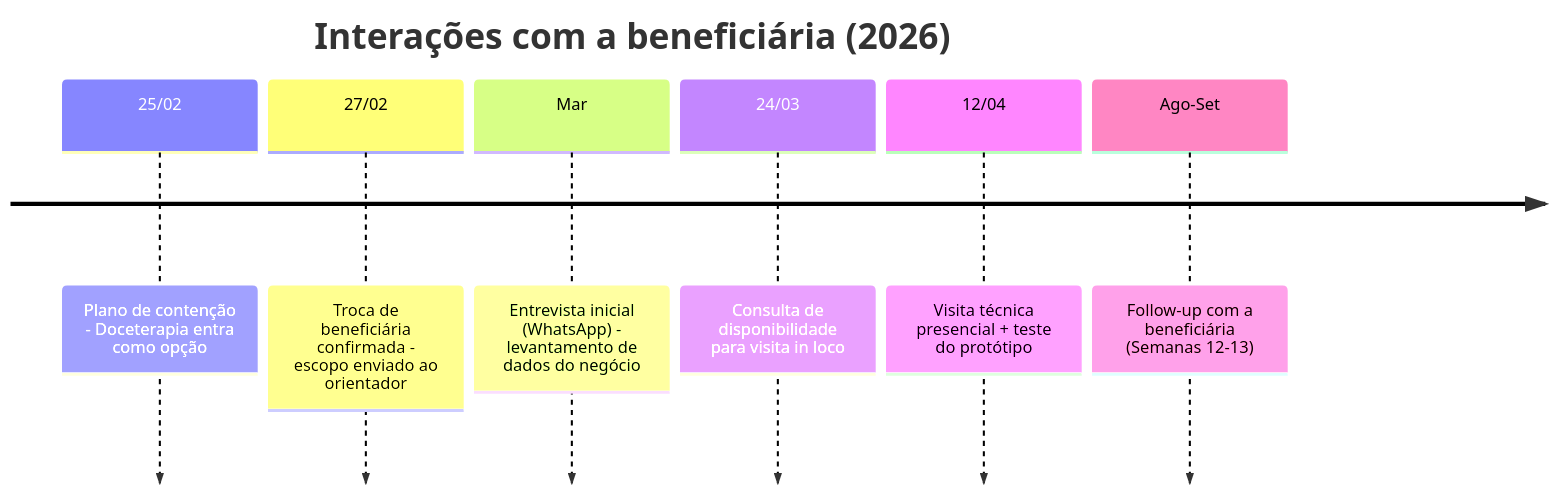
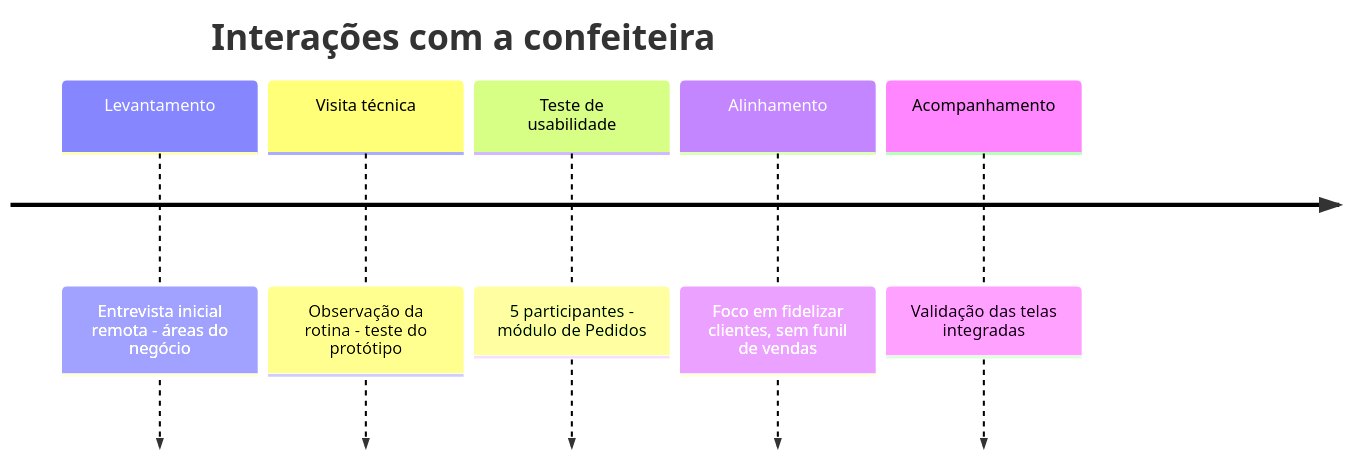
Before and after one commit to projeto-doceterapia/documentacao: the diagram in docs/08-registro-entrevistas.md, drawn with Mermaid. The commit also changed other lines of this file and 18 other files, not shown here.

````diff
--- a/docs/08-registro-entrevistas.md
+++ b/docs/08-registro-entrevistas.md
@@ -9,10 +7,9 @@
 ```mermaid
 timeline
-    title Interações com a beneficiária (2026)
-    25/02 : Plano de contenção - Doceterapia entra como opção
-    27/02 : Troca de beneficiária confirmada - escopo enviado ao orientador
-    Mar   : Entrevista inicial (WhatsApp) - levantamento de dados do negócio
-    24/03 : Consulta de disponibilidade para visita in loco
-    12/04 : Visita técnica presencial + teste do protótipo
-    Ago-Set : Follow-up com a beneficiária (Semanas 12-13)
+    title Interações com a confeiteira
+    Levantamento : Entrevista inicial remota - áreas do negócio
+    Visita técnica : Observação da rotina - teste do protótipo
+    Teste de usabilidade : 5 participantes - módulo de Pedidos
+    Alinhamento : Foco em fidelizar clientes, sem funil de vendas
+    Acompanhamento : Validação das telas integradas
 ```
````
